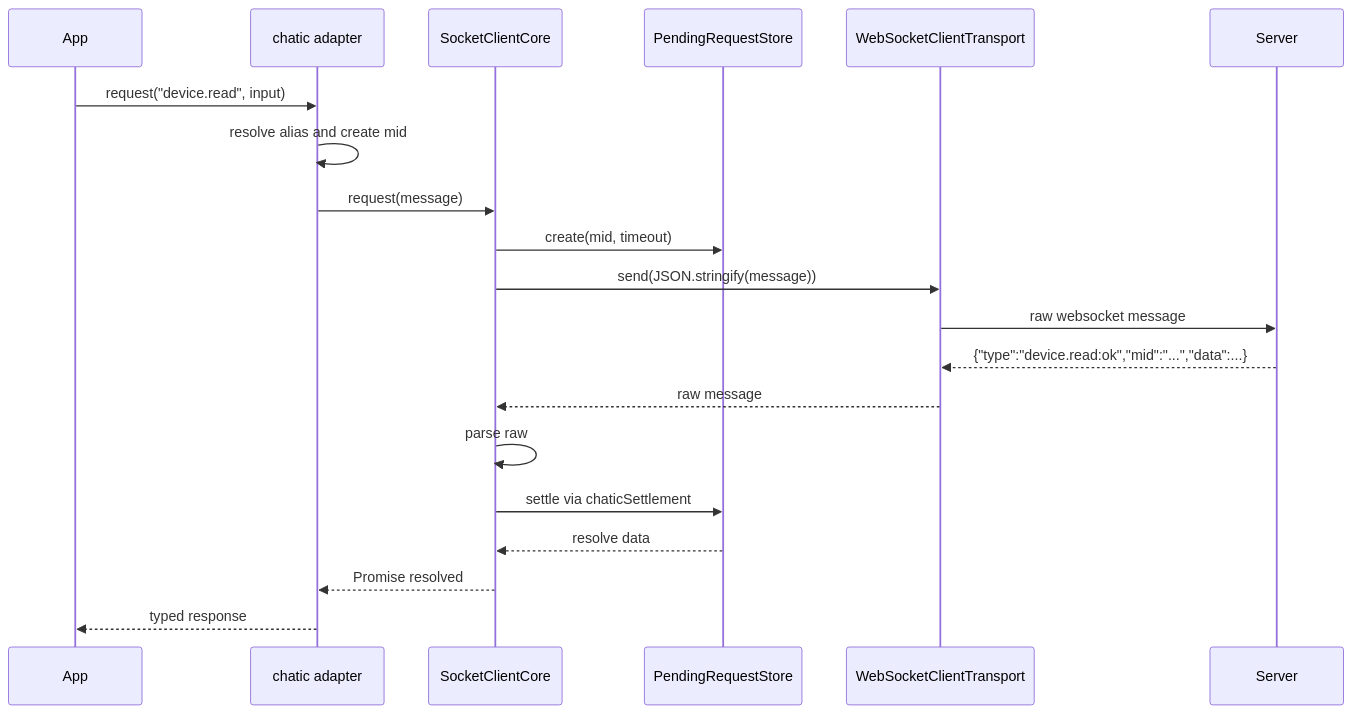
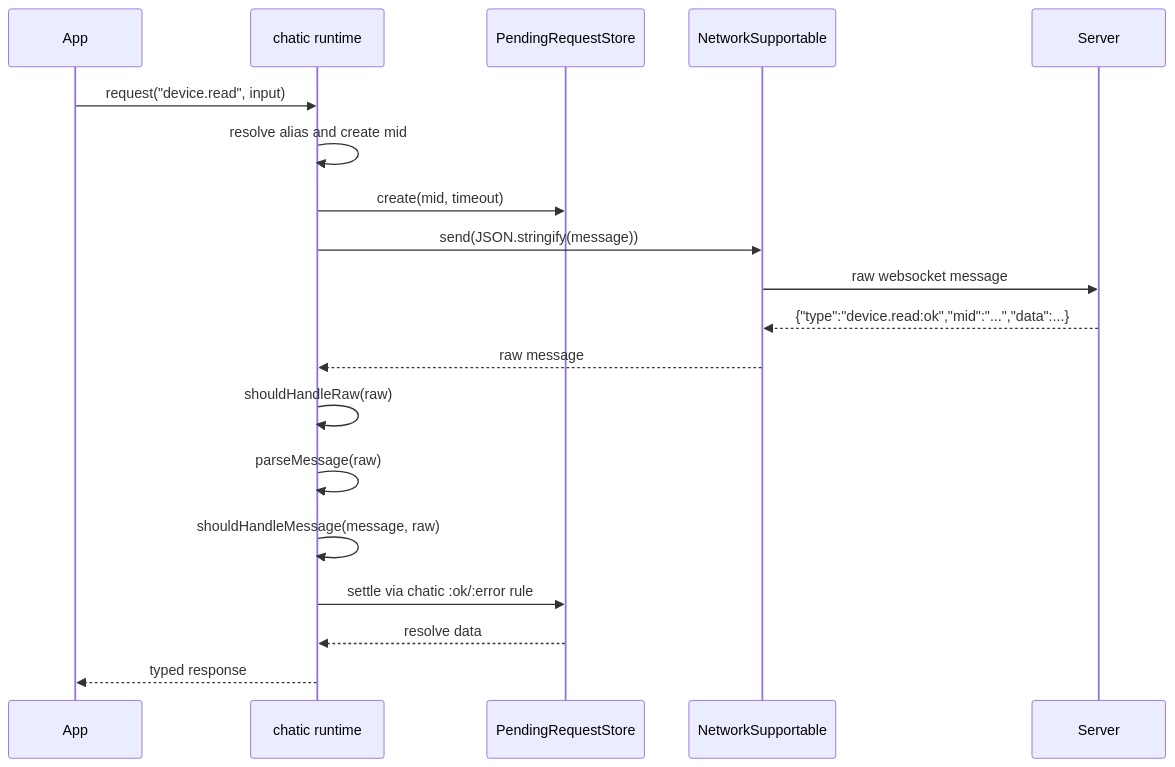
The fourth of 7 diagrams in docs/migrate-socket/02-design.md (lemoncloud-io/lemon-model), drawn with Mermaid before and after one commit. The commit also changed other lines of this file and 2 other files, not shown here.

Commit message:
docs: refact websocket migration spec

````diff
--- a/docs/migrate-socket/02-design.md
+++ b/docs/migrate-socket/02-design.md
@@ -179,23 +218,22 @@
 ```mermaid
 sequenceDiagram
     participant App
-    participant Chatic as chatic adapter
-    participant Core as SocketClientCore
+    participant Chatic as chatic runtime
     participant Store as PendingRequestStore
-    participant T as WebSocketClientTransport
-    participant S as Server
+    participant Network as NetworkSupportable
+    participant Server
 
     App->>Chatic: request("device.read", input)
     Chatic->>Chatic: resolve alias and create mid
-    Chatic->>Core: request(message)
-    Core->>Store: create(mid, timeout)
-    Core->>T: send(JSON.stringify(message))
-    T->>S: raw websocket message
-    S-->>T: {"type":"device.read:ok","mid":"...","data":...}
-    T-->>Core: raw message
-    Core->>Core: parse raw
-    Core->>Store: settle via chaticSettlement
-    Store-->>Core: resolve data
-    Core-->>Chatic: Promise resolved
+    Chatic->>Store: create(mid, timeout)
+    Chatic->>Network: send(JSON.stringify(message))
+    Network->>Server: raw websocket message
+    Server-->>Network: {"type":"device.read:ok","mid":"...","data":...}
+    Network-->>Chatic: raw message
+    Chatic->>Chatic: shouldHandleRaw(raw)
+    Chatic->>Chatic: parseMessage(raw)
+    Chatic->>Chatic: shouldHandleMessage(message, raw)
+    Chatic->>Store: settle via chatic :ok/:error rule
+    Store-->>Chatic: resolve data
     Chatic-->>App: typed response
 ```
````
